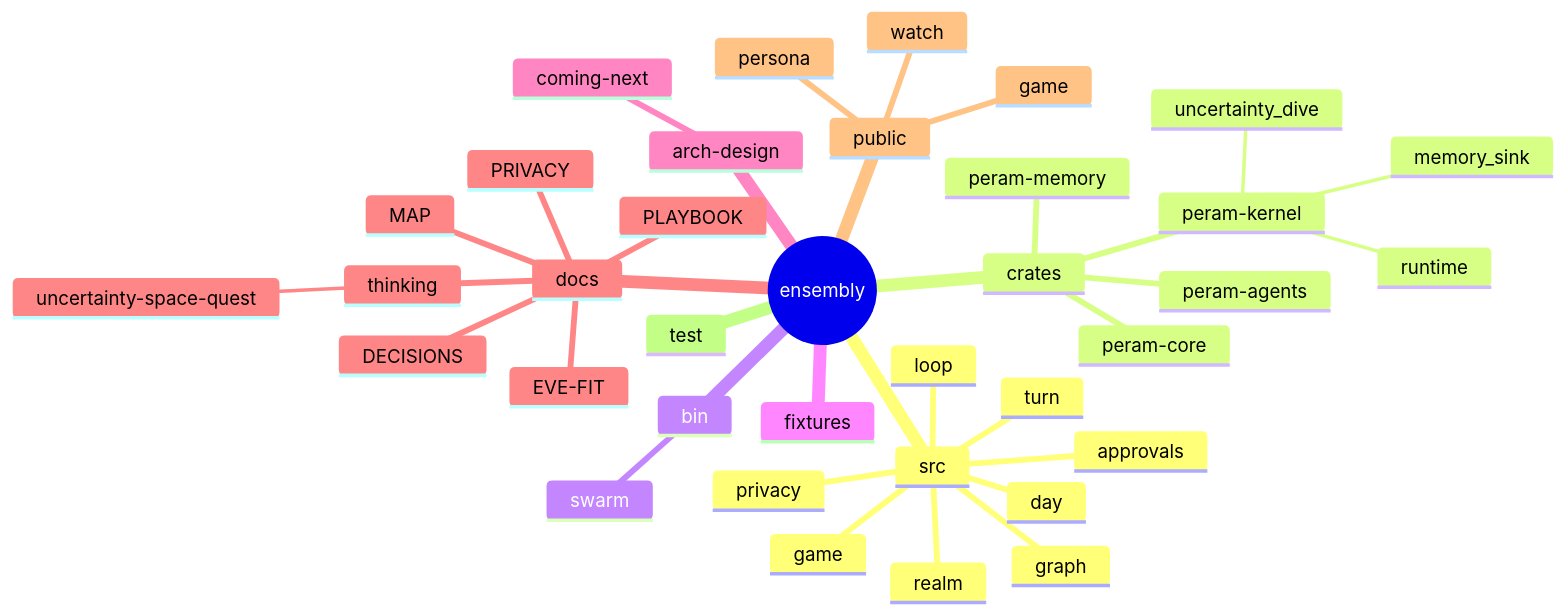
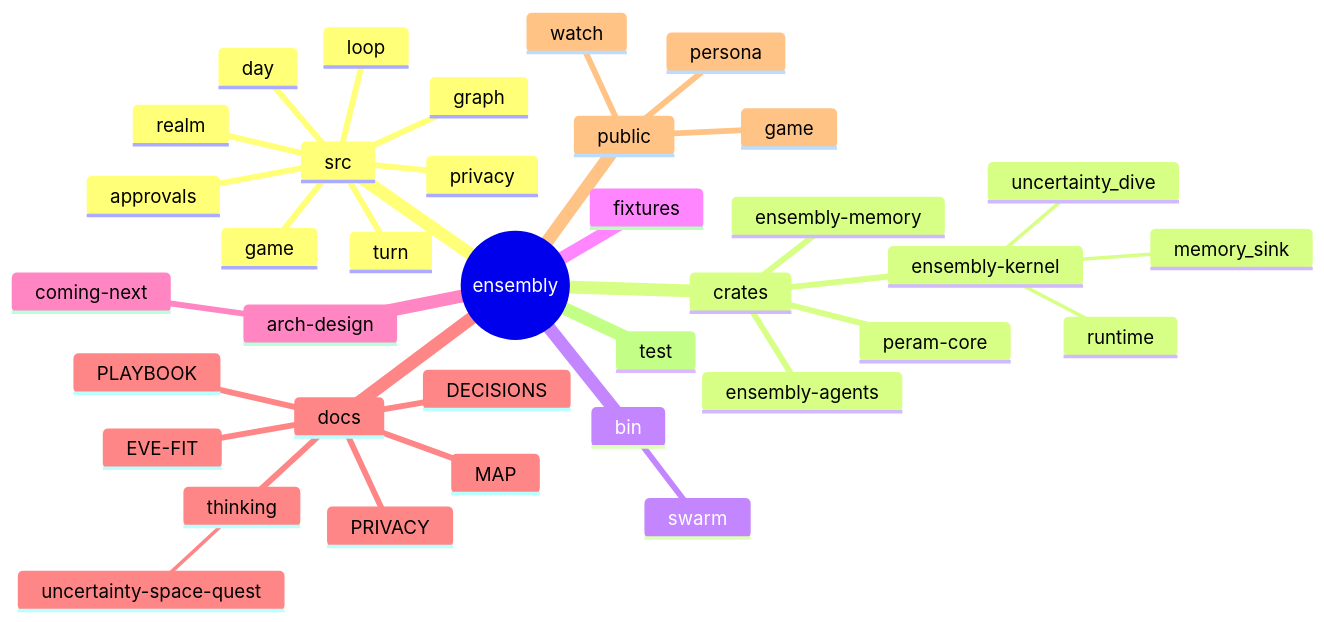
Before and after one commit to thecuriousts/ensembly: diagram 16 of 16 in prototype/docs/arch-design/coming-next.md, drawn with Mermaid. The commit also changed other lines of this file and 81 other files, not shown here.

First line of the commit message:
rename: peram-* → ensembly-* crates + fresh path defaults (#13)

````diff
--- a/prototype/docs/arch-design/coming-next.md
+++ b/prototype/docs/arch-design/coming-next.md
@@ -610,39 +610,39 @@
 ```mermaid
 mindmap
   root((ensembly))
     src
       day
       realm
       approvals
       turn
       graph
       privacy
       loop
       game
     crates
-      peram-kernel
+      ensembly-kernel
         uncertainty_dive
         runtime
         memory_sink
       peram-core
-      peram-memory
-      peram-agents
+      ensembly-memory
+      ensembly-agents
     bin
       swarm
     fixtures
     arch-design
       coming-next
     docs
       thinking
         uncertainty-space-quest
       EVE-FIT
       PRIVACY
       MAP
       PLAYBOOK
       DECISIONS
     public
       game
       watch
       persona
     test
 ```
````
